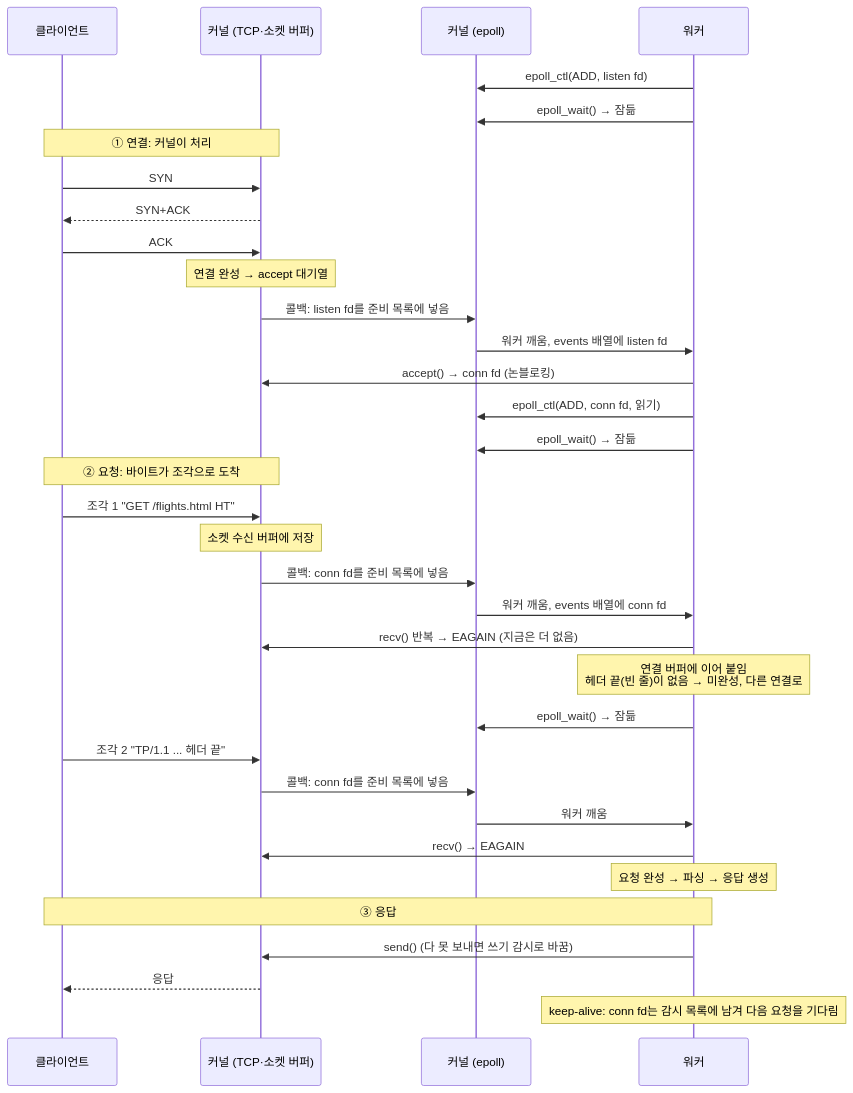
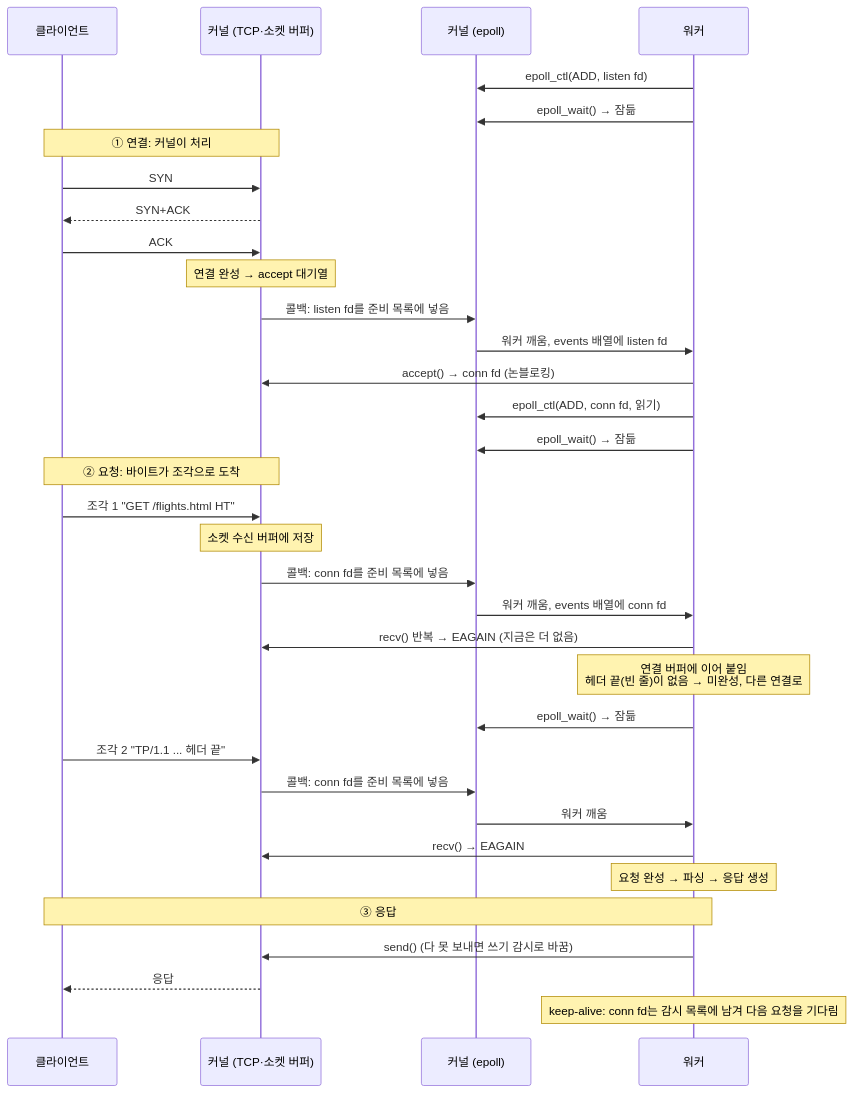
Before and after one commit to choimoohun/SW-AI-W13-Web-Server: the first of 2 diagrams in README.md, drawn with Mermaid.

Commit message:
docs: 시퀀스 다이어그램 노트를 검은 글씨로

````diff
--- a/README.md
+++ b/README.md
@@ -36,36 +36,37 @@
 ```mermaid
+%%{init: {'themeVariables': {'noteBkgColor': '#fff3b0', 'noteTextColor': '#000000', 'noteBorderColor': '#b08900'}}}%%
 sequenceDiagram
     participant C as 클라이언트
     participant K as 커널 (TCP·소켓 버퍼)
     participant E as 커널 (epoll)
     participant W as 워커
     W->>E: epoll_ctl(ADD, listen fd)
     W->>E: epoll_wait() → 잠듦
     Note over C,K: ① 연결: 커널이 처리
     C->>K: SYN
     K-->>C: SYN+ACK
     C->>K: ACK
     Note over K: 연결 완성 → accept 대기열
     K->>E: 콜백: listen fd를 준비 목록에 넣음
     E->>W: 워커 깨움, events 배열에 listen fd
     W->>K: accept() → conn fd (논블로킹)
     W->>E: epoll_ctl(ADD, conn fd, 읽기)
     W->>E: epoll_wait() → 잠듦
     Note over C,K: ② 요청: 바이트가 조각으로 도착
     C->>K: 조각 1 "GET /flights.html HT"
     Note over K: 소켓 수신 버퍼에 저장
     K->>E: 콜백: conn fd를 준비 목록에 넣음
     E->>W: 워커 깨움, events 배열에 conn fd
     W->>K: recv() 반복 → EAGAIN (지금은 더 없음)
     Note over W: 연결 버퍼에 이어 붙임<br/>헤더 끝(빈 줄)이 없음 → 미완성, 다른 연결로
     W->>E: epoll_wait() → 잠듦
     C->>K: 조각 2 "TP/1.1 ... 헤더 끝"
     K->>E: 콜백: conn fd를 준비 목록에 넣음
     E->>W: 워커 깨움
     W->>K: recv() → EAGAIN
     Note over W: 요청 완성 → 파싱 → 응답 생성
     Note over C,W: ③ 응답
     W->>K: send() (다 못 보내면 쓰기 감시로 바꿈)
     K-->>C: 응답
     Note over W: keep-alive: conn fd는 감시 목록에 남겨 다음 요청을 기다림
 ```
````
